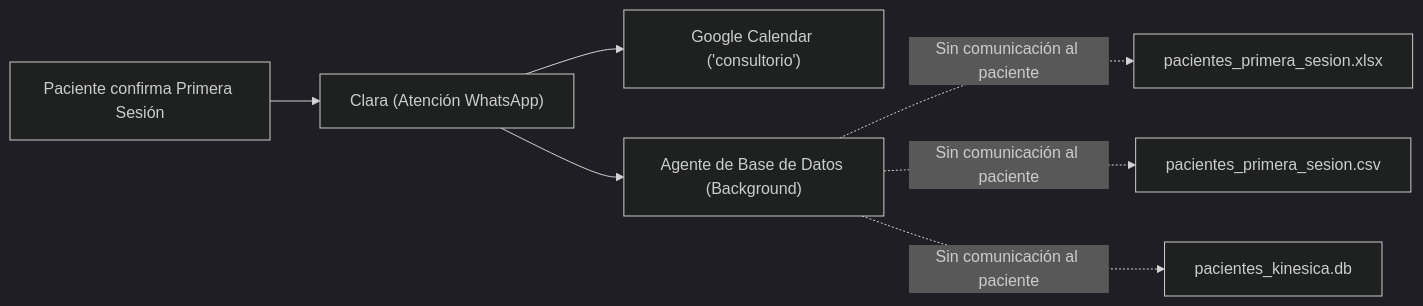
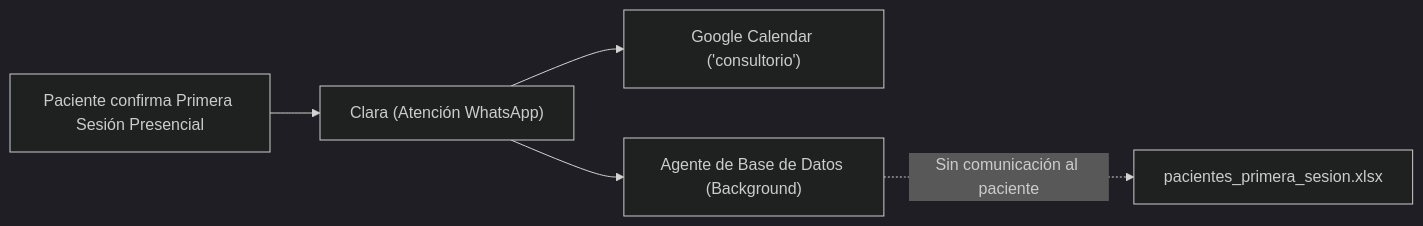
The second of 2 diagrams in docs/manual-clara.md (MartinBrude/kinesica), drawn with Mermaid (dark theme) before and after one commit. The commit also changed other lines of this file and 3 other files, not shown here.

Commit message:
refactor: base de datos de pacientes sólo para primera sesión presencial (excluye llamadas), sin estado y formato exclusivo xlsx

````diff
--- a/docs/manual-clara.md
+++ b/docs/manual-clara.md
@@ -209,9 +209,7 @@
 ```mermaid
 flowchart LR
-    A["Paciente confirma Primera Sesión"] --> B["Clara (Atención WhatsApp)"]
+    A["Paciente confirma Primera Sesión Presencial"] --> B["Clara (Atención WhatsApp)"]
     B --> C["Google Calendar ('consultorio')"]
     B --> D["Agente de Base de Datos (Background)"]
     D -.->|Sin comunicación al paciente| E["pacientes_primera_sesion.xlsx"]
-    D -.->|Sin comunicación al paciente| F["pacientes_primera_sesion.csv"]
-    D -.->|Sin comunicación al paciente| G["pacientes_kinesica.db"]
 ```
````
